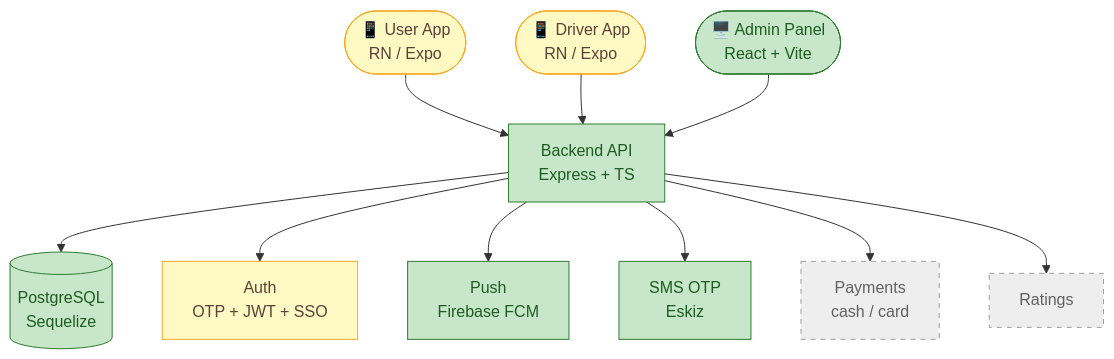
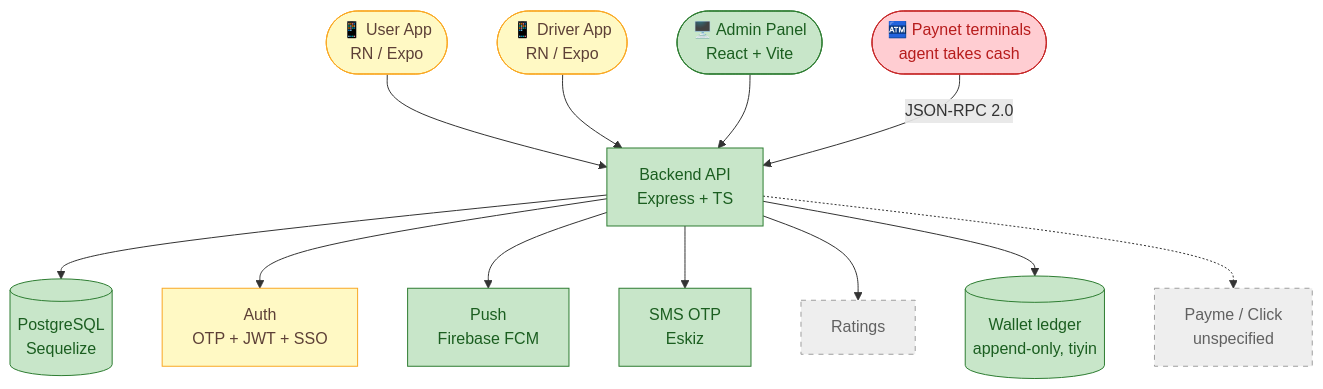
The first of 2 diagrams in docs/ARCHITECTURE.md (obidovbek/ubergo), drawn with Mermaid before and after one commit. The commit also changed other lines of this file and 3 other files, not shown here.

````diff
--- a/docs/ARCHITECTURE.md
+++ b/docs/ARCHITECTURE.md
@@ -21,21 +21,28 @@
 ```mermaid
 flowchart TD
     UA([📱 User App<br/>RN / Expo]) --> API[Backend API<br/>Express + TS]
     DA([📱 Driver App<br/>RN / Expo]) --> API
     ADM([🖥️ Admin Panel<br/>React + Vite]) --> API
 
     API --> DB[(PostgreSQL<br/>Sequelize)]
     API --> AUTH[Auth<br/>OTP + JWT + SSO]
     API --> PUSH[Push<br/>Firebase FCM]
     API --> SMS[SMS OTP<br/>Eskiz]
-    API --> PAY[Payments<br/>cash / card]
     API --> RATE[Ratings]
+
+    %% Money — T-087 ledger + T-088 Paynet. NOTE THE ARROW DIRECTION:
+    %% Paynet CALLS US. There is no outbound "charge a card" API in the contract.
+    PN([🏧 Paynet terminals<br/>agent takes cash]) -->|JSON-RPC 2.0| API
+    API --> LEDGER[(Wallet ledger<br/>append-only, tiyin)]
+    API -.-> PAYME[Payme / Click<br/>unspecified]
 
     classDef done fill:#c8e6c9,stroke:#2e7d32,color:#1b5e20
     classDef wip fill:#fff9c4,stroke:#f9a825,color:#5d4037
     classDef planned fill:#eeeeee,stroke:#9e9e9e,color:#616161,stroke-dasharray:5 5
+    classDef blocked fill:#ffcdd2,stroke:#c62828,color:#b71c1c
 
-    class API,DB,ADM,PUSH,SMS done
+    class API,DB,ADM,PUSH,SMS,LEDGER done
     class UA,DA,AUTH wip
-    class PAY,RATE planned
+    class PN blocked
+    class PAYME,RATE planned
 ```
````
